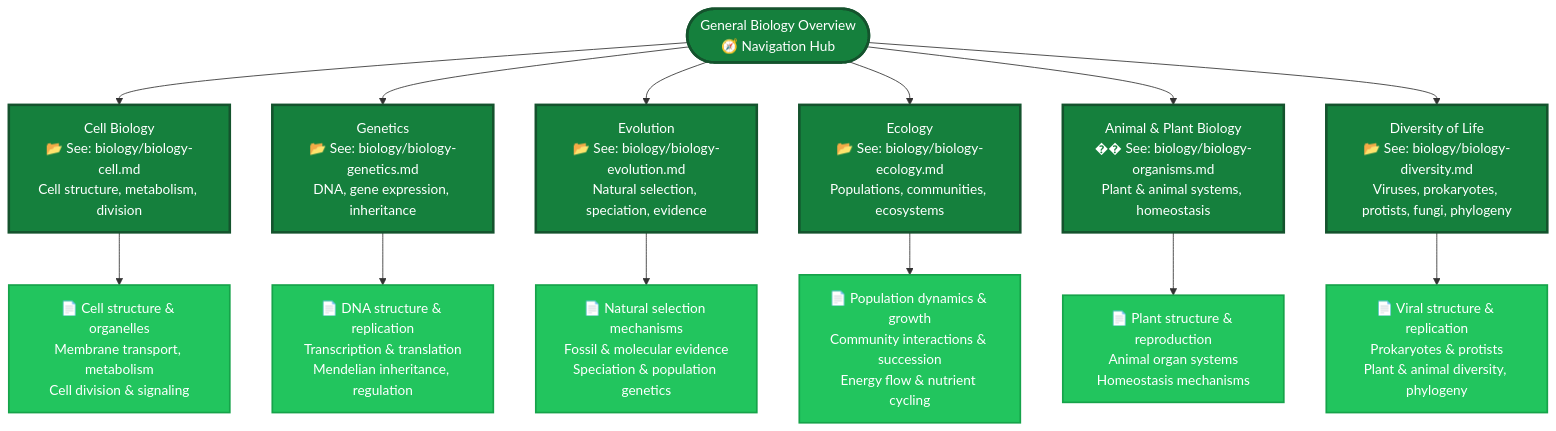
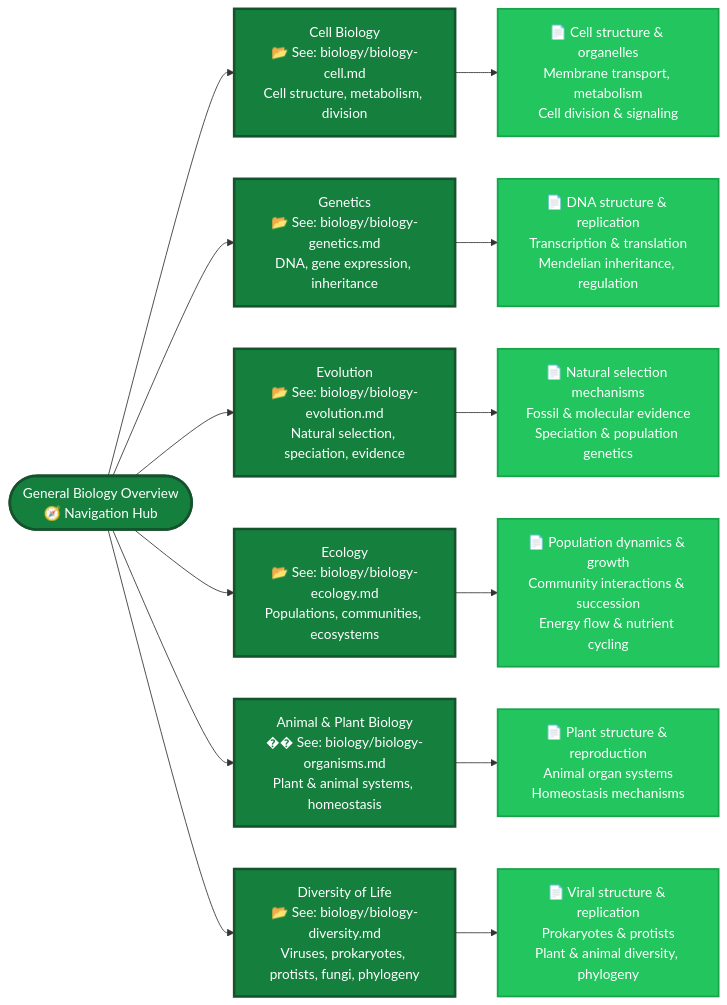
Before and after one commit to kimtth/science-companion-mindmap: the diagram in biology.md, drawn with Mermaid. The commit also changed 2 other files, not shown here.

Commit message:
fix: from top-down (TD) to left-right (LR) orientation

````diff
--- a/biology.md
+++ b/biology.md
@@ -1,27 +1,27 @@
 ```mermaid
-flowchart TD
+flowchart LR
     Start([General Biology Overview<br/>🧭 Navigation Hub]):::green
     Start --> CellBio[Cell Biology<br/>📂 See: biology/biology-cell.md<br/>Cell structure, metabolism, division]:::green
     Start --> Genetics[Genetics<br/>📂 See: biology/biology-genetics.md<br/>DNA, gene expression, inheritance]:::green
     Start --> Evolution[Evolution<br/>📂 See: biology/biology-evolution.md<br/>Natural selection, speciation, evidence]:::green
     Start --> Ecology[Ecology<br/>📂 See: biology/biology-ecology.md<br/>Populations, communities, ecosystems]:::green
     Start --> AnimalPlantBio[Animal & Plant Biology<br/>�� See: biology/biology-organisms.md<br/>Plant & animal systems, homeostasis]:::green
     Start --> DiversityLife[Diversity of Life<br/>📂 See: biology/biology-diversity.md<br/>Viruses, prokaryotes, protists, fungi, phylogeny]:::green
     
     CellBio --> CellDetails[📄 Cell structure & organelles<br/>Membrane transport, metabolism<br/>Cell division & signaling]:::lightgreen
     
     Genetics --> GeneticsDetails[📄 DNA structure & replication<br/>Transcription & translation<br/>Mendelian inheritance, regulation]:::lightgreen
     
     Evolution --> EvolutionDetails[📄 Natural selection mechanisms<br/>Fossil & molecular evidence<br/>Speciation & population genetics]:::lightgreen
     
     Ecology --> EcologyDetails[📄 Population dynamics & growth<br/>Community interactions & succession<br/>Energy flow & nutrient cycling]:::lightgreen
     
     AnimalPlantBio --> OrganismDetails[📄 Plant structure & reproduction<br/>Animal organ systems<br/>Homeostasis mechanisms]:::lightgreen
     
     DiversityLife --> DiversityDetails[📄 Viral structure & replication<br/>Prokaryotes & protists<br/>Plant & animal diversity, phylogeny]:::lightgreen
     
     classDef green fill:#15803d,stroke:#14532d,stroke-width:3px,color:#fff
     classDef lightgreen fill:#22c55e,stroke:#16a34a,stroke-width:2px,color:#fff
     classDef palegreen fill:#4ade80,stroke:#22c55e,stroke-width:2px,color:#000
     classDef mintgreen fill:#86efac,stroke:#4ade80,stroke-width:1px,color:#000
 ```
````
